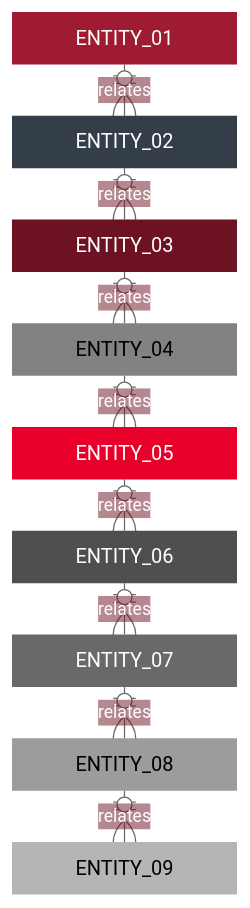
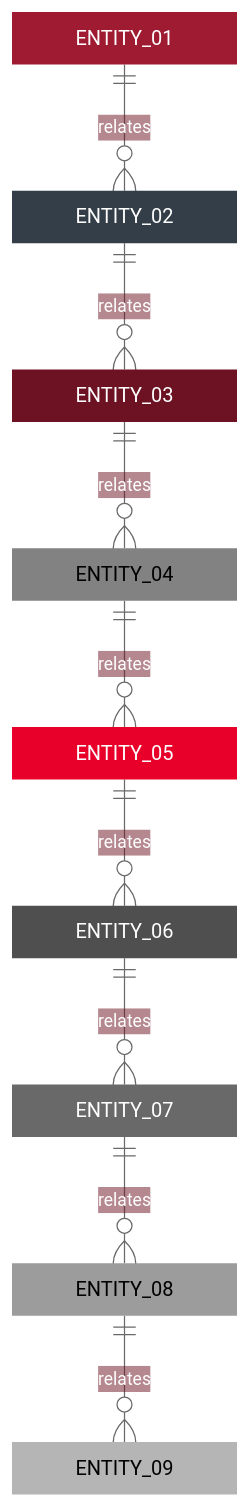
The diagram in skills/mermaid/assets/examples/mermaid-max-complexity/source/colorset1/er.mmd (gvillarroel/skills), drawn with Mermaid before and after one commit. The commit also changed 437 other files, not shown here.

```diff
--- a/skills/mermaid/assets/examples/mermaid-max-complexity/source/colorset1/er.mmd
+++ b/skills/mermaid/assets/examples/mermaid-max-complexity/source/colorset1/er.mmd
@@ -1,70 +1,70 @@
 ---
 # mermaid: config begin
 config:
   theme: "base"
   themeVariables:
     background: "#ffffff"
     primaryColor: "#9e1b32"
     primaryTextColor: "#ffffff"
     primaryBorderColor: "#9e1b32"
     secondaryColor: "#333e48"
     secondaryTextColor: "#ffffff"
     secondaryBorderColor: "#333e48"
     tertiaryColor: "#6d1222"
     tertiaryTextColor: "#ffffff"
     tertiaryBorderColor: "#6d1222"
     lineColor: "#696969"
     textColor: "#333e48"
     mainBkg: "#9e1b32"
     nodeBkg: "#9e1b32"
     nodeBorder: "#9e1b32"
     clusterBkg: "#e7e7e7"
     clusterBorder: "#9c9c9c"
     defaultLinkColor: "#696969"
     edgeLabelBackground: "#ffffff"
     labelColor: "#ffffff"
     titleColor: "#333e48"
   themeCSS: ".node > rect, .node > circle, .node > ellipse, .node > polygon, .node > path, rect.actor, .note, .task, .task0, .task1, .task2, .task3 { stroke-width: 0 !important; }"
   er:
     minEntityWidth: 180
-    rankSpacing: 20
+    rankSpacing: 80
     entityPadding: 6
     diagramPadding: 6
     nodeSpacing: 60
 # mermaid: config end
 # mermaid: metadata begin
 mermaid:
   colorset: "colorset1"
   mode: "standard"
   palette: "basic-red-neutral-style"
 # mermaid: metadata end
 ---
 erDiagram
   accTitle: Entity Relationship maximum complexity showcase
   accDescr: Nine entities form eight ordered one-to-many relationships and expose every semantic class available to the styler.
   ENTITY_01 ||--o{ ENTITY_02 : relates
   ENTITY_02 ||--o{ ENTITY_03 : relates
   ENTITY_03 ||--o{ ENTITY_04 : relates
   ENTITY_04 ||--o{ ENTITY_05 : relates
   ENTITY_05 ||--o{ ENTITY_06 : relates
   ENTITY_06 ||--o{ ENTITY_07 : relates
   ENTITY_07 ||--o{ ENTITY_08 : relates
   ENTITY_08 ||--o{ ENTITY_09 : relates
   class ENTITY_01 csPrimary
   class ENTITY_02 csAccent
   class ENTITY_03 csMuted
   class ENTITY_04 csCritical
   class ENTITY_05 csWarning
   class ENTITY_06 csSuccess
   class ENTITY_07 csInfo
   class ENTITY_08 csSpecial
   class ENTITY_09 csNeutral
   classDef csPrimary fill:#9e1b32,stroke:none,color:#ffffff,stroke-width:0px;
   classDef csAccent fill:#333e48,stroke:none,color:#ffffff,stroke-width:0px;
   classDef csMuted fill:#6d1222,stroke:none,color:#ffffff,stroke-width:0px;
   classDef csCritical fill:#828282,stroke:none,color:#000000,stroke-width:0px;
   classDef csWarning fill:#e8002a,stroke:none,color:#ffffff,stroke-width:0px;
   classDef csSuccess fill:#4f4f4f,stroke:none,color:#ffffff,stroke-width:0px;
   classDef csInfo fill:#696969,stroke:none,color:#ffffff,stroke-width:0px;
   classDef csSpecial fill:#9c9c9c,stroke:none,color:#000000,stroke-width:0px;
   classDef csNeutral fill:#b5b5b5,stroke:none,color:#000000,stroke-width:0px;
```
